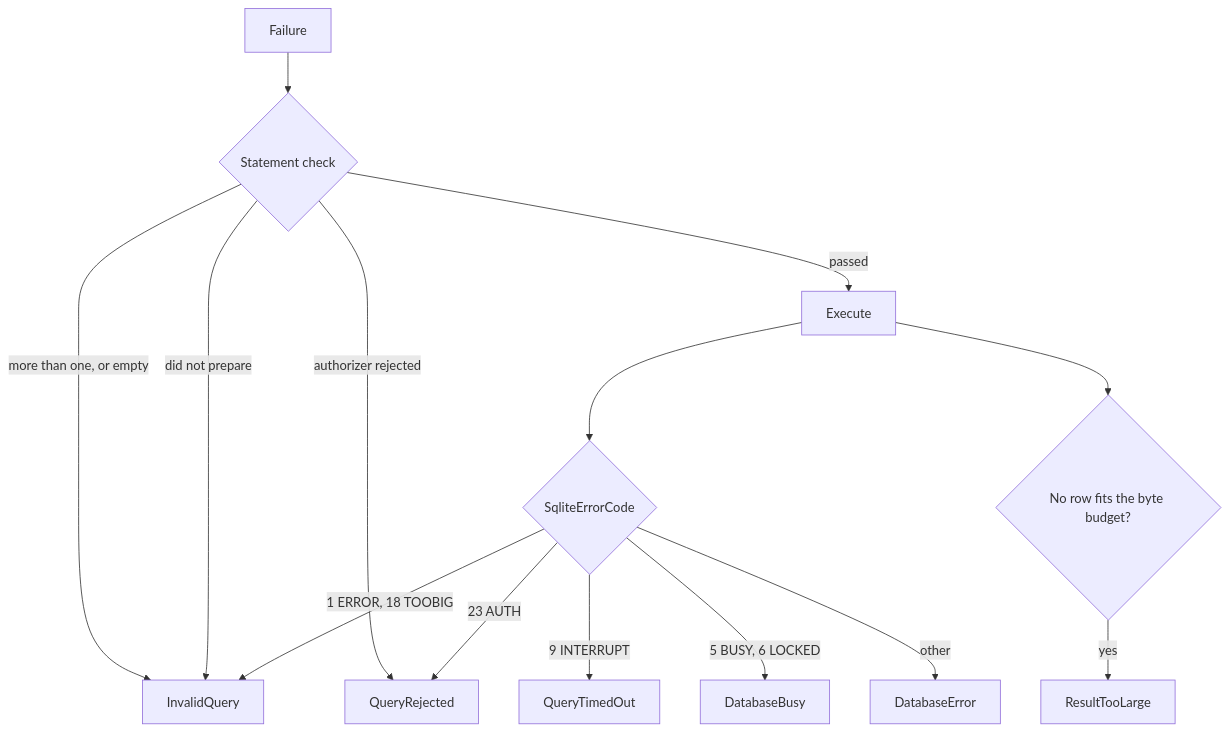
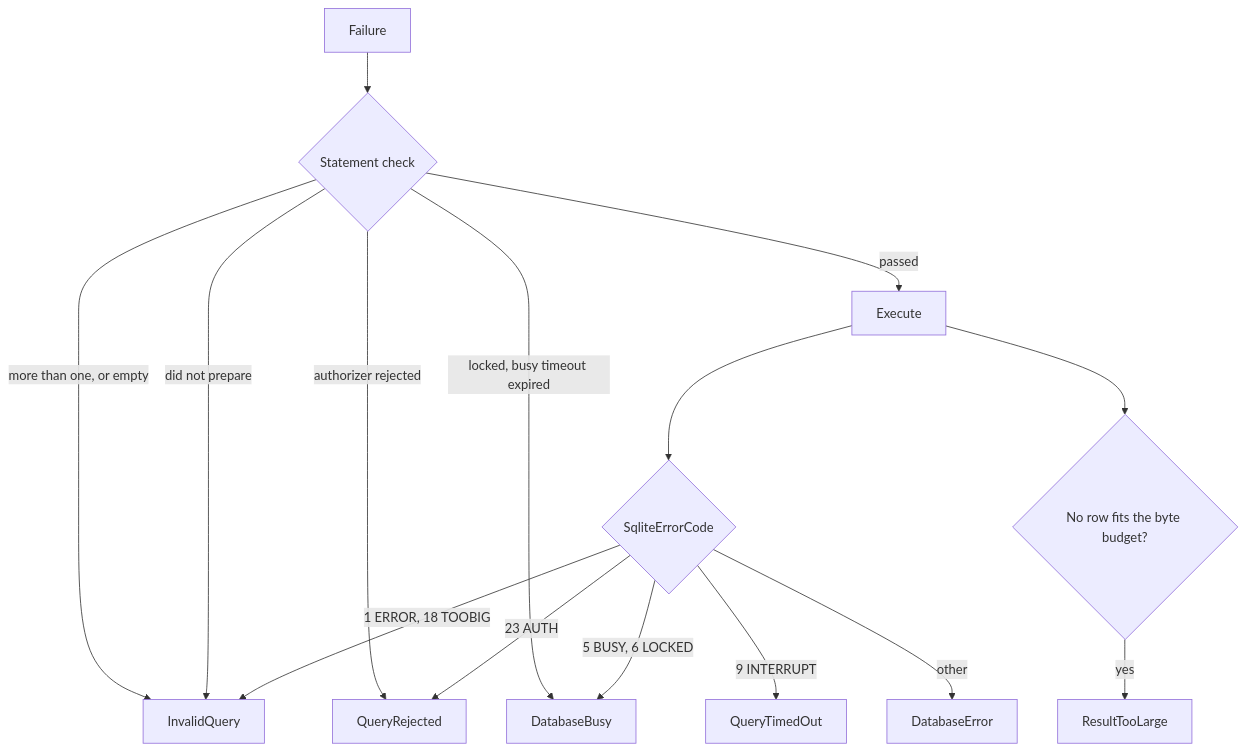
The first of 2 diagrams in .lode/mcp/error-model.md (xakpc/sqlite-mcp-sidecar), drawn with Mermaid before and after one commit. The commit also changed other lines of this file and 39 other files, not shown here.

````diff
--- a/.lode/mcp/error-model.md
+++ b/.lode/mcp/error-model.md
@@ -63,16 +63,17 @@
 ```mermaid
 flowchart TD
     err[Failure] --> shape{Statement check}
     shape -->|more than one, or empty| iq[InvalidQuery]
     shape -->|authorizer rejected| qr[QueryRejected]
     shape -->|did not prepare| iq
+    shape -->|locked, busy timeout expired| db
     shape -->|passed| run[Execute]
     run --> sq{SqliteErrorCode}
     sq -->|23 AUTH| qr
     sq -->|9 INTERRUPT| qt[QueryTimedOut]
     sq -->|5 BUSY, 6 LOCKED| db[DatabaseBusy]
     sq -->|1 ERROR, 18 TOOBIG| iq
     sq -->|other| de[DatabaseError]
     run --> big{No row fits the byte budget?}
     big -->|yes| rt[ResultTooLarge]
 ```
````
